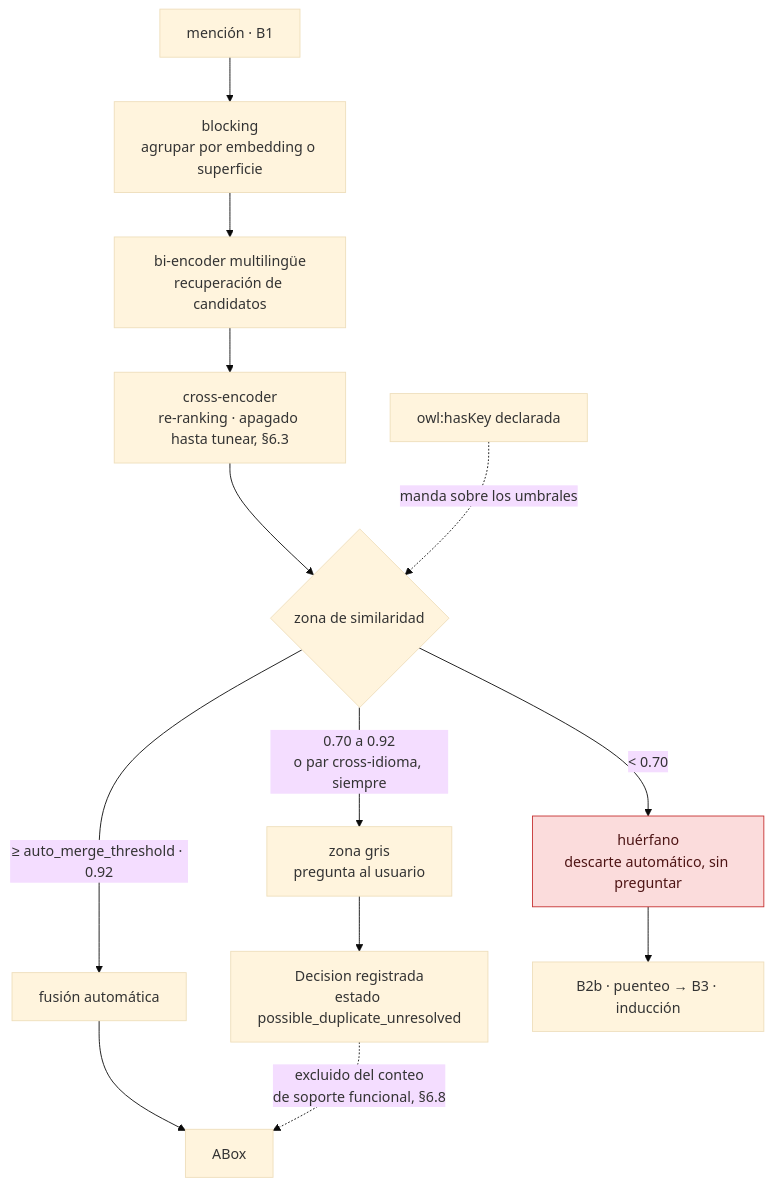
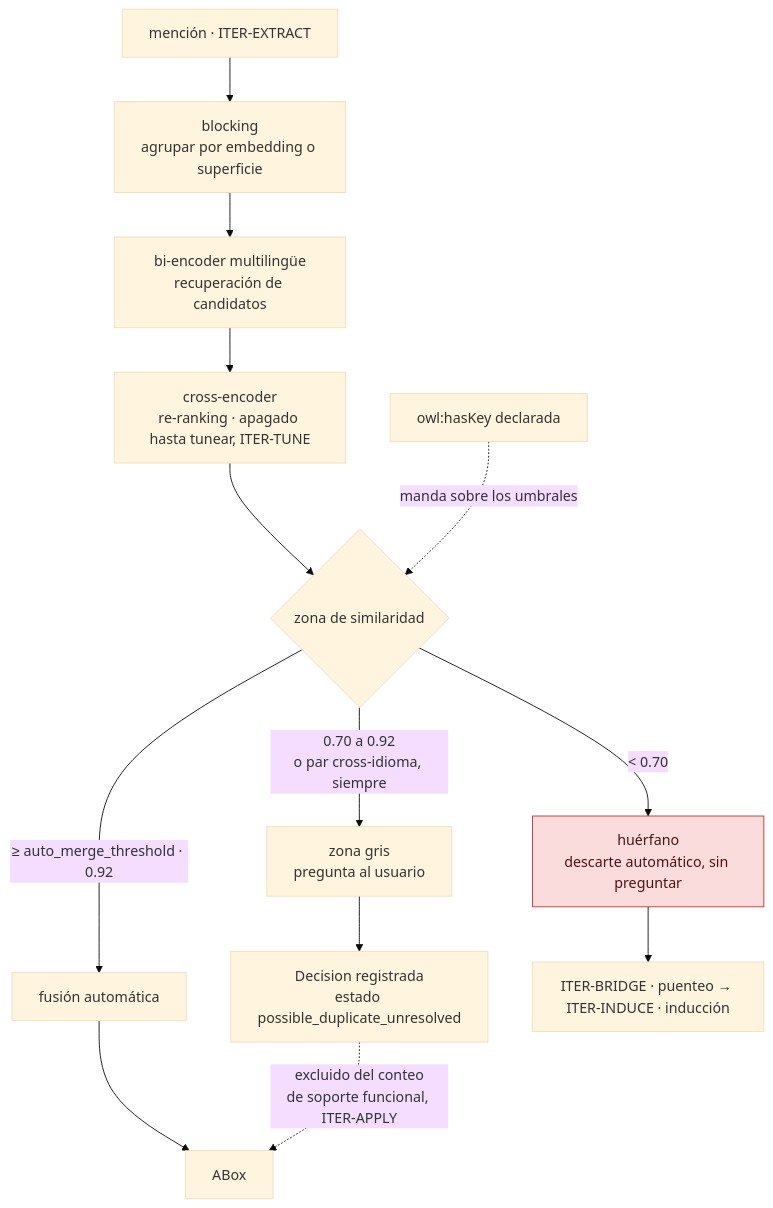
Before and after one commit to gonzatorte/ontology_and_llm_pipeline: the third of 8 diagrams in especificacion_pipeline_ontologia.md, drawn with Mermaid (base theme). The commit also changed other lines of this file, not shown here.

````diff
--- a/especificacion_pipeline_ontologia.md
+++ b/especificacion_pipeline_ontologia.md
@@ -476,18 +476,18 @@
 ```mermaid
 flowchart TB
-  M["mención · B1"] --> BL["blocking<br/>agrupar por embedding o superficie"]
+  M["mención · ITER-EXTRACT"] --> BL["blocking<br/>agrupar por embedding o superficie"]
   BL --> BI["bi-encoder multilingüe<br/>recuperación de candidatos"]
-  BI --> CE["cross-encoder<br/>re-ranking · apagado hasta tunear, §6.3"]
+  BI --> CE["cross-encoder<br/>re-ranking · apagado hasta tunear, ITER-TUNE"]
   CE --> Z{"zona de similaridad"}
   Z -->|"≥ auto_merge_threshold · 0.92"| AUTO["fusión automática"]
   Z -->|"0.70 a 0.92<br/>o par cross-idioma, siempre"| GREY["zona gris<br/>pregunta al usuario"]
   Z -->|"< 0.70"| ORPH["huérfano<br/>descarte automático, sin preguntar"]
   KEY["owl:hasKey declarada"] -.->|"manda sobre los umbrales"| Z
   AUTO --> ABOX["ABox"]
   GREY --> DEC["Decision registrada<br/>estado possible_duplicate_unresolved"]
-  DEC -.->|"excluido del conteo<br/>de soporte funcional, §6.8"| ABOX
-  ORPH --> NEXT["B2b · puenteo → B3 · inducción"]
+  DEC -.->|"excluido del conteo<br/>de soporte funcional, ITER-APPLY"| ABOX
+  ORPH --> NEXT["ITER-BRIDGE · puenteo → ITER-INDUCE · inducción"]
 
   classDef risk fill:#fbdcdc,stroke:#c53030,color:#4d1414
   class ORPH risk
 ```
````
